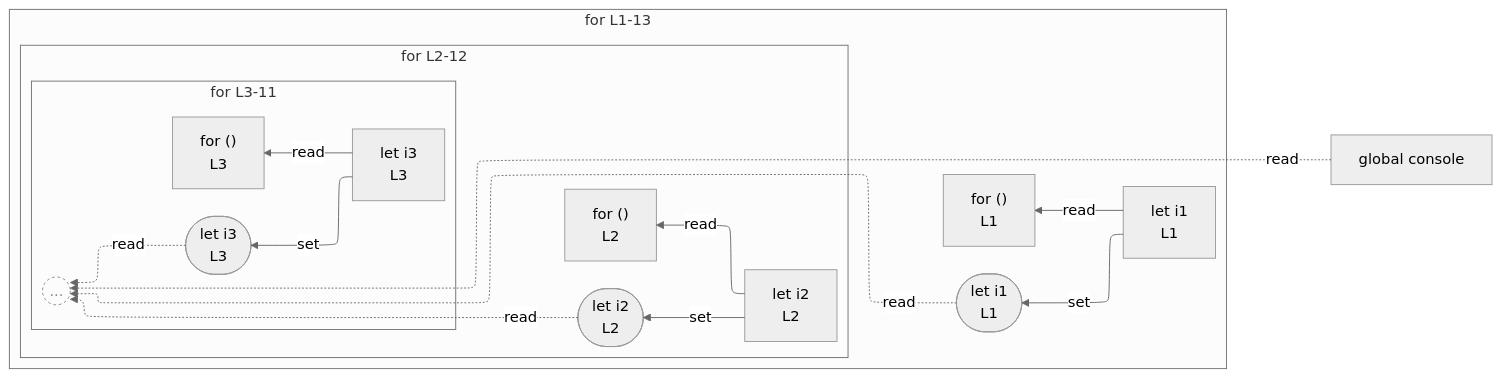
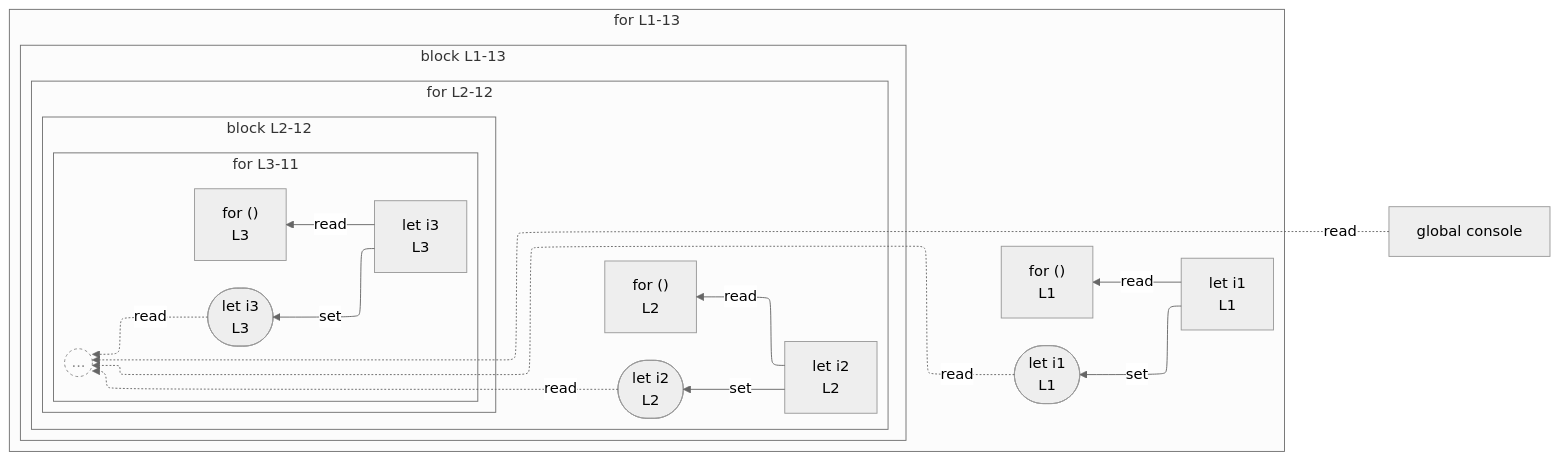
The diagram in integration/fixtures/app-behavior/depth/for/depth-2/preview.md (crescware/unsnarl), drawn with Mermaid (neutral theme) before and after one commit. The commit also changed 106 other files, not shown here.

````diff
--- a/integration/fixtures/app-behavior/depth/for/depth-2/preview.md
+++ b/integration/fixtures/app-behavior/depth/for/depth-2/preview.md
@@ -23,36 +23,42 @@
 ```mermaid
 %%{init: {"flowchart": {"defaultRenderer": "elk"}}}%%
 flowchart RL
   n_scope_0_console_240["global console"]
   subgraph s_scope_1["for L1-13"]
     direction RL
     for_test_scope_0_0["for ()<br/>L1"]
     n_scope_1_i1_9["let i1<br/>L1"]
     wr_ref_2(["let i1<br/>L1"])
-    subgraph s_scope_3["for L2-12"]
+    subgraph s_scope_2["block L1-13"]
       direction RL
-      for_test_scope_2_35["for ()<br/>L2"]
-      n_scope_3_i2_44["let i2<br/>L2"]
-      wr_ref_5(["let i2<br/>L2"])
-      subgraph s_scope_5["for L3-11"]
+      subgraph s_scope_3["for L2-12"]
         direction RL
-        for_test_scope_4_72["for ()<br/>L3"]
-        n_scope_5_i3_81["let i3<br/>L3"]
-        wr_ref_8(["let i3<br/>L3"])
-        beyond_depth_s_scope_5((...))
+        for_test_scope_2_35["for ()<br/>L2"]
+        n_scope_3_i2_44["let i2<br/>L2"]
+        wr_ref_5(["let i2<br/>L2"])
+        subgraph s_scope_4["block L2-12"]
+          direction RL
+          subgraph s_scope_5["for L3-11"]
+            direction RL
+            for_test_scope_4_72["for ()<br/>L3"]
+            n_scope_5_i3_81["let i3<br/>L3"]
+            wr_ref_8(["let i3<br/>L3"])
+            beyond_depth_s_scope_5((...))
+          end
+        end
       end
     end
   end
   n_scope_1_i1_9 -->|set| wr_ref_2
   n_scope_3_i2_44 -->|set| wr_ref_5
   n_scope_5_i3_81 -->|set| wr_ref_8
   n_scope_1_i1_9 -->|read| for_test_scope_0_0
   n_scope_3_i2_44 -->|read| for_test_scope_2_35
   n_scope_5_i3_81 -->|read| for_test_scope_4_72
   n_scope_0_console_240 -.->|read| beyond_depth_s_scope_5
   wr_ref_2 -.->|read| beyond_depth_s_scope_5
   wr_ref_5 -.->|read| beyond_depth_s_scope_5
   wr_ref_8 -.->|read| beyond_depth_s_scope_5
   classDef boundaryStub fill:transparent,stroke:#888,stroke-dasharray:3 3,color:#888;
   class beyond_depth_s_scope_5 boundaryStub;
 ```
````
